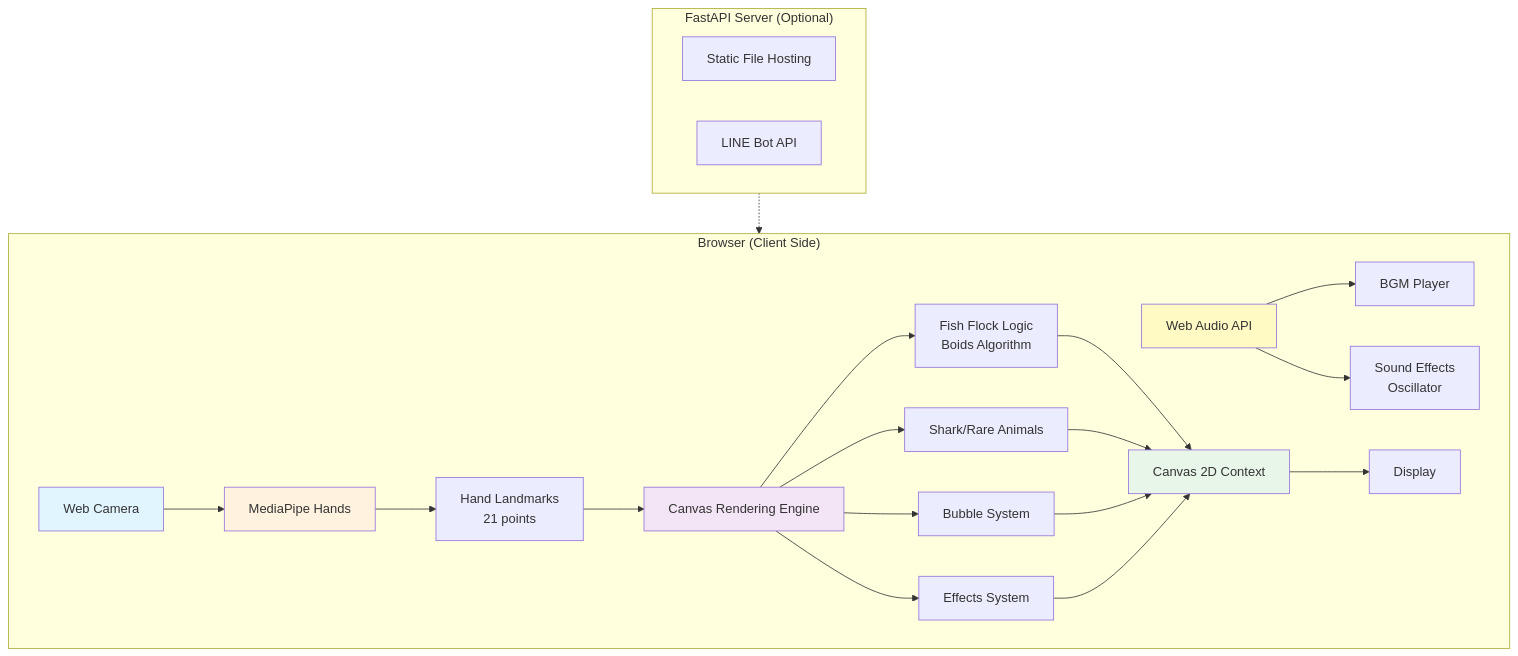
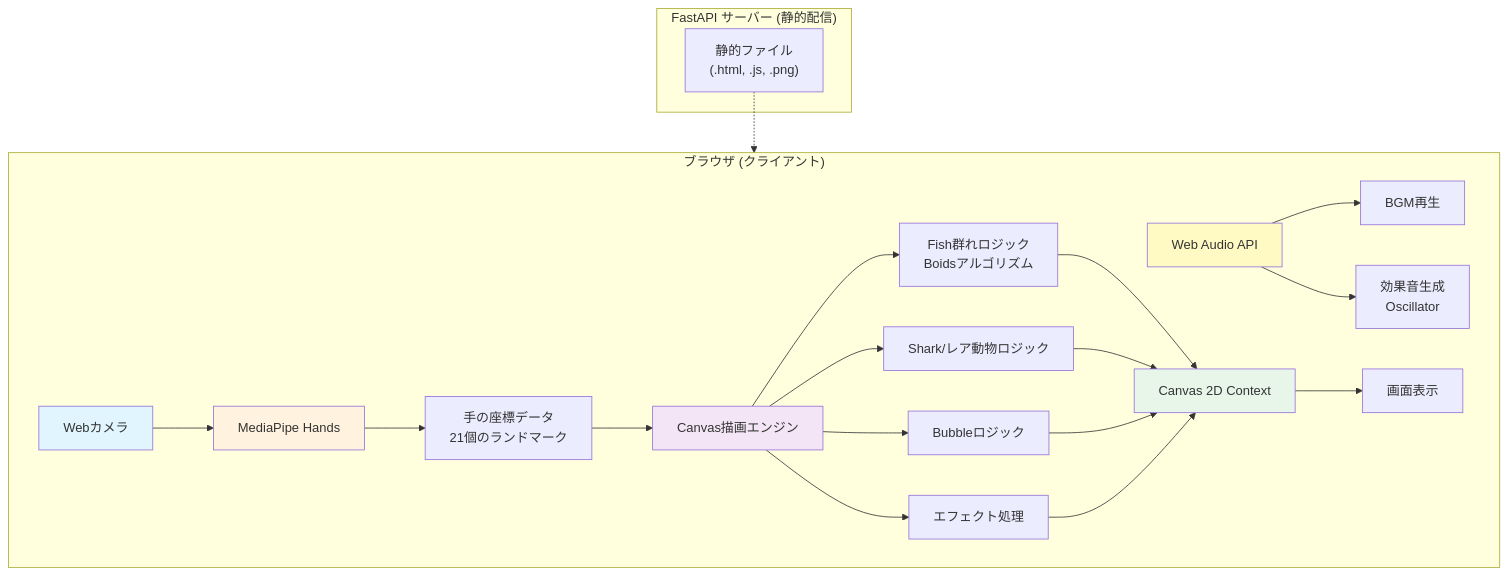
Before and after one commit to miki-mini/my-line-bots: the diagram in animals/fish.md, drawn with Mermaid. The commit also changed other lines of this file, not shown here.

````diff
--- a/animals/fish.md
+++ b/animals/fish.md
@@ -94,36 +94,35 @@
 ```mermaid
-graph TB
-    subgraph Client["Browser (Client Side)"]
-        A[Web Camera] --> B[MediaPipe Hands]
-        B --> C[Hand Landmarks<br/>21 points]
-        C --> D[Canvas Rendering Engine]
+flowchart TB
+    subgraph Client ["ブラウザ (クライアント)"]
+        A["Webカメラ"] --> B["MediaPipe Hands"]
+        B --> C["手の座標データ<br/>21個のランドマーク"]
+        C --> D["Canvas描画エンジン"]
 
-        D --> E[Fish Flock Logic<br/>Boids Algorithm]
-        D --> F[Shark/Rare Animals]
-        D --> G[Bubble System]
-        D --> H[Effects System]
+        D --> E["Fish群れロジック<br/>Boidsアルゴリズム"]
+        D --> F["Shark/レア動物ロジック"]
+        D --> G["Bubbleロジック"]
+        D --> H["エフェクト処理"]
 
-        E --> I[Canvas 2D Context]
+        E --> I["Canvas 2D Context"]
         F --> I
         G --> I
         H --> I
 
-        J[Web Audio API] --> K[BGM Player]
-        J --> L[Sound Effects<br/>Oscillator]
+        J["Web Audio API"] --> K["BGM再生"]
+        J --> L["効果音生成<br/>Oscillator"]
 
-        I --> M[Display]
+        I --> M["画面表示"]
     end
 
-    subgraph Server["FastAPI Server (Optional)"]
-        N[Static File Hosting]
-        O[LINE Bot API]
+    subgraph ServerSide ["FastAPI サーバー (静的配信)"]
+        N["静的ファイル<br/>(.html, .js, .png)"]
     end
 
-    Server -.-> Client
+    N -.-> Client
 
     style A fill:#e1f5ff
     style B fill:#fff3e0
     style D fill:#f3e5f5
     style I fill:#e8f5e9
     style J fill:#fff9c4
 ```
````
